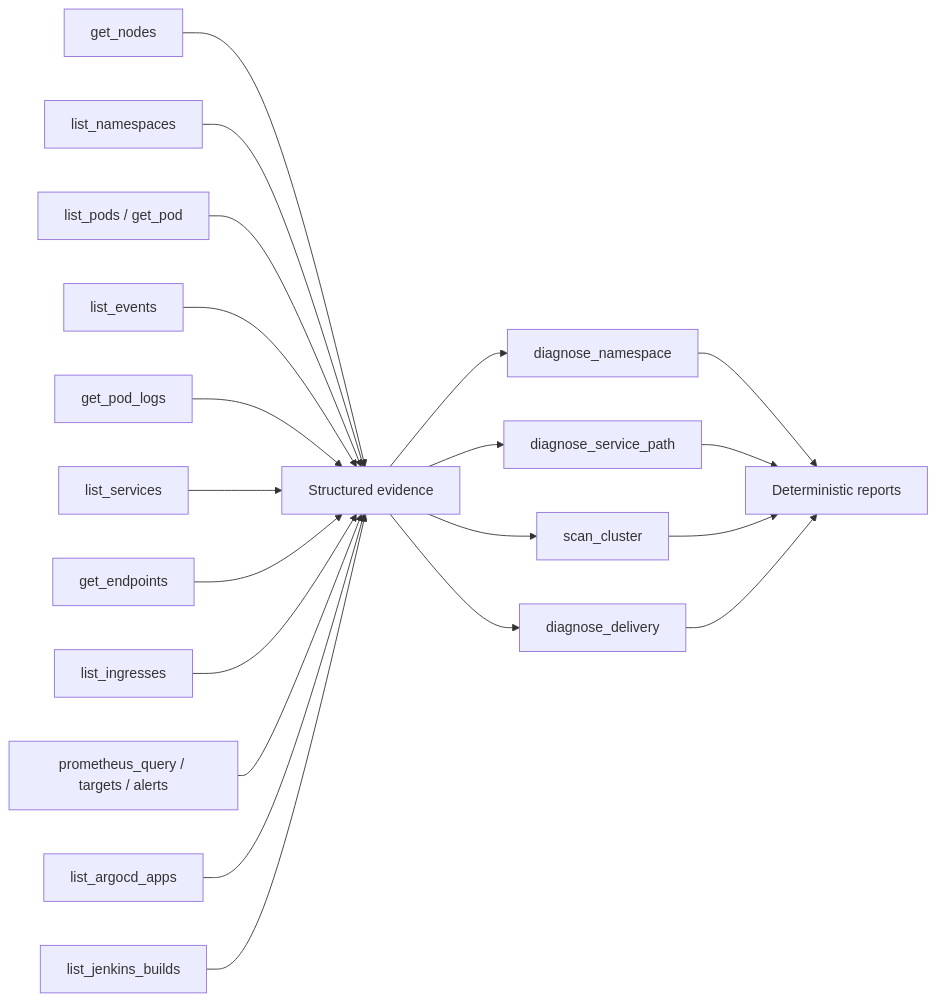
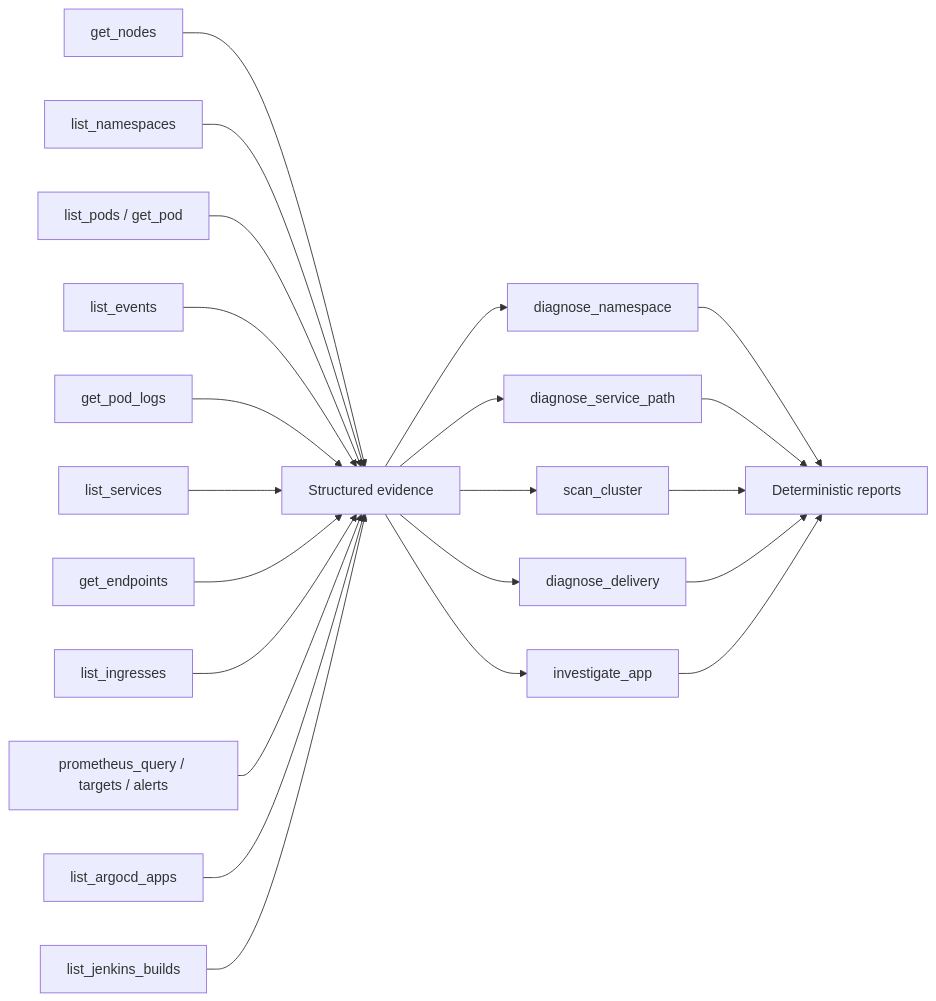
One commit to FAHID-KHAN/platformops-ai changed the second of 3 diagrams in docs/architecture/current-setup.md. Above: the diagram before and after it, drawn with Mermaid. The commit also changed other lines of this file and 15 other files, not shown here.

````diff
--- a/docs/architecture/current-setup.md
+++ b/docs/architecture/current-setup.md
@@ -105,41 +105,44 @@
 ```mermaid
 flowchart LR
     nodes[get_nodes]
     namespaces[list_namespaces]
     pods[list_pods / get_pod]
     events[list_events]
     logs[get_pod_logs]
     services[list_services]
     endpoints[get_endpoints]
     ingresses[list_ingresses]
     nsdiag[diagnose_namespace]
     svcdiag[diagnose_service_path]
     scan[scan_cluster]
     argocd[list_argocd_apps]
     jenkins[list_jenkins_builds]
     delivery[diagnose_delivery]
+    appInvestigation[investigate_app]
     prometheus[prometheus_query / targets / alerts]
 
     evidence[Structured evidence]
     diagnosis[Deterministic reports]
 
     nodes --> evidence
     namespaces --> evidence
     pods --> evidence
     events --> evidence
     logs --> evidence
     services --> evidence
     endpoints --> evidence
     ingresses --> evidence
     prometheus --> evidence
     argocd --> evidence
     jenkins --> evidence
     evidence --> nsdiag
     evidence --> svcdiag
     evidence --> scan
     evidence --> delivery
+    evidence --> appInvestigation
     nsdiag --> diagnosis
     svcdiag --> diagnosis
     scan --> diagnosis
     delivery --> diagnosis
+    appInvestigation --> diagnosis
 ```
````
